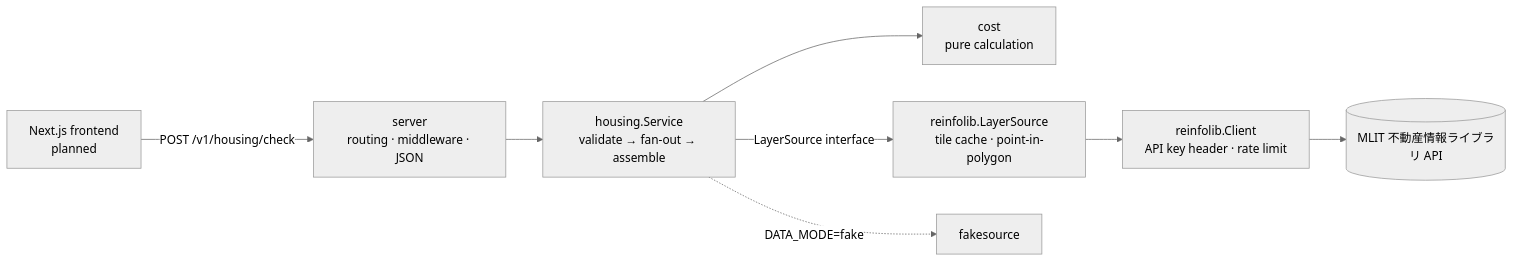
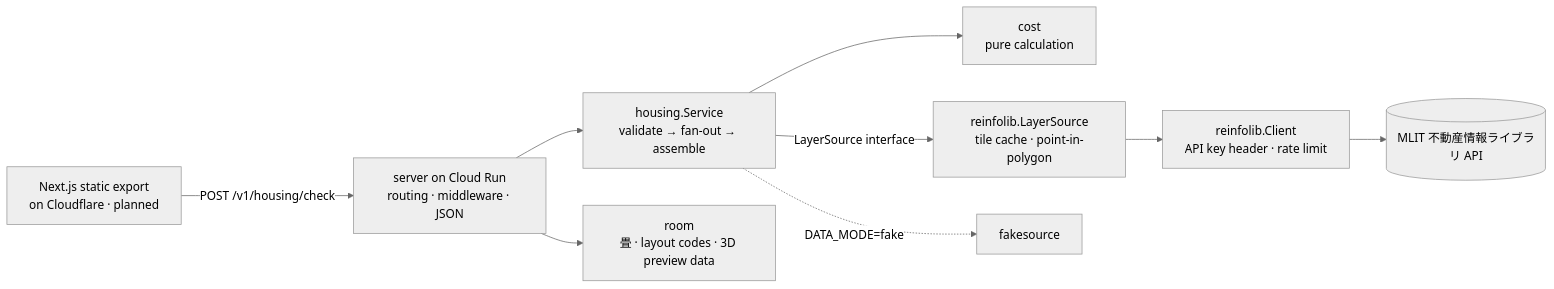
The diagram in README.md (jjoonii34/Kurashi-nav), drawn with Mermaid (neutral theme) before and after one commit. The commit also changed other lines of this file and 24 other files, not shown here.

````diff
--- a/README.md
+++ b/README.md
@@ -64,10 +76,11 @@
 ```mermaid
 flowchart LR
-  FE[Next.js frontend<br/>planned] -->|POST /v1/housing/check| S[server<br/>routing · middleware · JSON]
+  FE[Next.js static export<br/>on Cloudflare · planned] -->|POST /v1/housing/check| S[server on Cloud Run<br/>routing · middleware · JSON]
   S --> H[housing.Service<br/>validate → fan-out → assemble]
   H --> C[cost<br/>pure calculation]
+  S --> RM[room<br/>畳 · layout codes · 3D preview data]
   H -->|LayerSource interface| R[reinfolib.LayerSource<br/>tile cache · point-in-polygon]
   H -.->|DATA_MODE=fake| F[fakesource]
   R --> CL[reinfolib.Client<br/>API key header · rate limit]
   CL --> MLIT[(MLIT 不動産情報ライブラリ API)]
 ```
````
